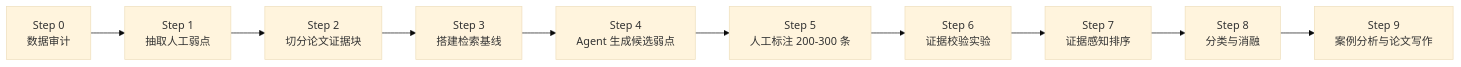
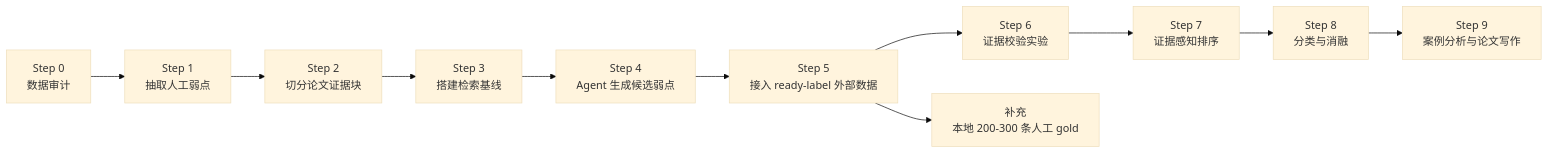
Before and after one commit to lovits/Mult-Agents-Literature-System: the second of 2 diagrams in docs/superpowers/plans/2026-05-30-evireview-lite-a-version-experiments.md, drawn with Mermaid (base theme). The commit also changed other lines of this file and 19 other files, not shown here.

````diff
--- a/docs/superpowers/plans/2026-05-30-evireview-lite-a-version-experiments.md
+++ b/docs/superpowers/plans/2026-05-30-evireview-lite-a-version-experiments.md
@@ -128,12 +132,13 @@
 ```mermaid
 flowchart LR
     S0["Step 0<br/>数据审计"] --> S1["Step 1<br/>抽取人工弱点"]
     S1 --> S2["Step 2<br/>切分论文证据块"]
     S2 --> S3["Step 3<br/>搭建检索基线"]
     S3 --> S4["Step 4<br/>Agent 生成候选弱点"]
-    S4 --> S5["Step 5<br/>人工标注 200-300 条"]
+    S4 --> S5["Step 5<br/>接入 ready-label 外部数据"]
     S5 --> S6["Step 6<br/>证据校验实验"]
     S6 --> S7["Step 7<br/>证据感知排序"]
     S7 --> S8["Step 8<br/>分类与消融"]
     S8 --> S9["Step 9<br/>案例分析与论文写作"]
+    S5 --> S5B["补充<br/>本地 200-300 条人工 gold"]
 ```
````
